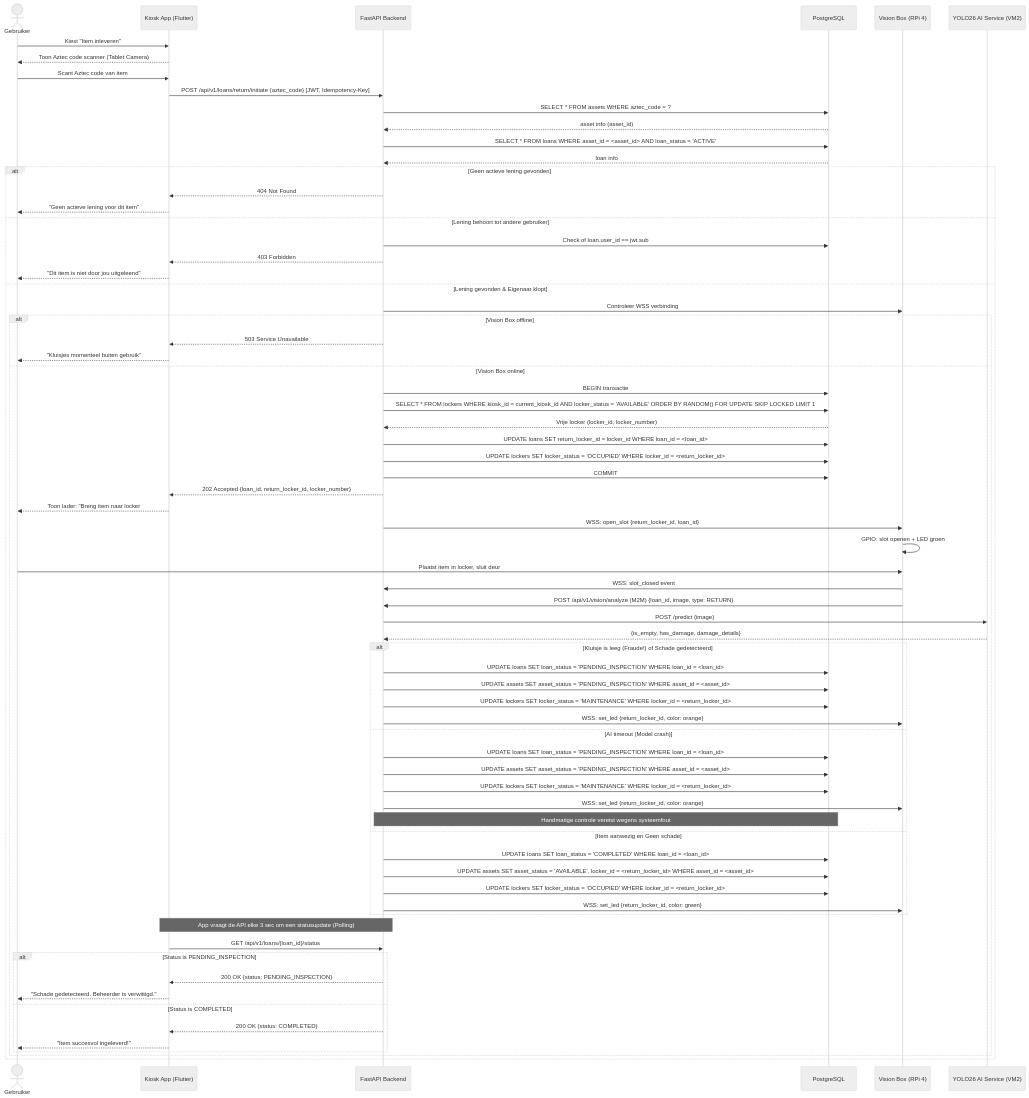
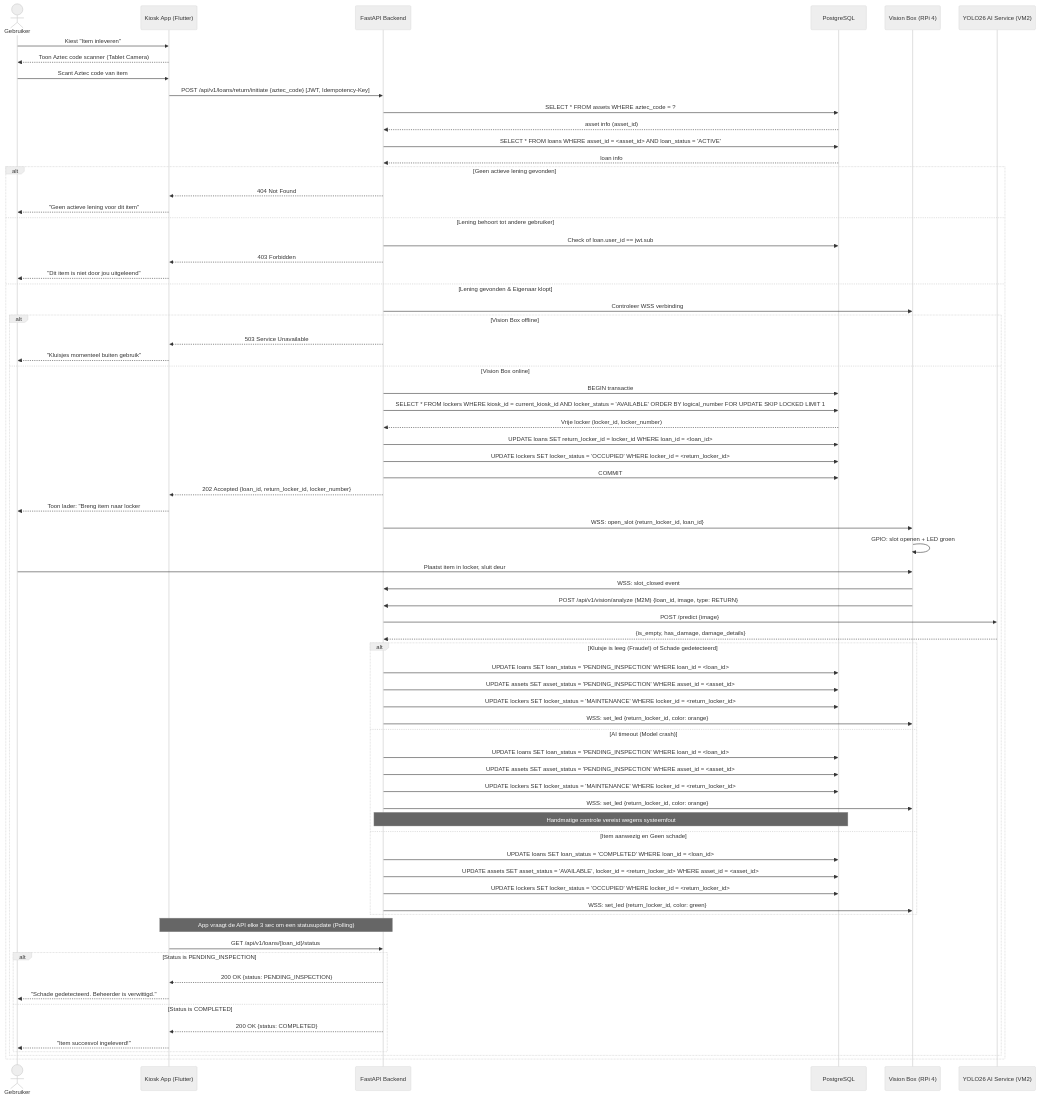
Before and after one commit to easylend-practice-enterprise/easylend: the diagram in docs/diagrams/sequence_return.mmd, drawn with Mermaid (neutral theme).

Commit message:
Potential fix for pull request finding

```diff
--- a/docs/diagrams/sequence_return.mmd
+++ b/docs/diagrams/sequence_return.mmd
@@ -1,78 +1,78 @@
 sequenceDiagram
     actor User as Gebruiker
     participant App as Kiosk App (Flutter)
     participant API as FastAPI Backend
     participant DB as PostgreSQL
     participant VB as Vision Box (RPi 4)
     participant AI as YOLO26 AI Service (VM2)
 
     User->>App: Kiest "Item inleveren"
     App-->>User: Toon Aztec code scanner (Tablet Camera)
     User->>App: Scant Aztec code van item
     App->>API: POST /api/v1/loans/return/initiate {aztec_code} [JWT, Idempotency-Key]
     API->>DB: SELECT * FROM assets WHERE aztec_code = ?
     DB-->>API: asset info (asset_id)
     API->>DB: SELECT * FROM loans WHERE asset_id = <asset_id> AND loan_status = 'ACTIVE'
     DB-->>API: loan info
 
     alt Geen actieve lening gevonden
         API-->>App: 404 Not Found
         App-->>User: "Geen actieve lening voor dit item"
     else Lening behoort tot andere gebruiker
         API->>DB: Check of loan.user_id == jwt.sub
         API-->>App: 403 Forbidden
         App-->>User: "Dit item is niet door jou uitgeleend"
     else Lening gevonden & Eigenaar klopt
         API->>VB: Controleer WSS verbinding
         alt Vision Box offline
             API-->>App: 503 Service Unavailable
             App-->>User: "Kluisjes momenteel buiten gebruik"
         else Vision Box online
             API->>DB: BEGIN transactie
-            API->>DB: SELECT * FROM lockers WHERE kiosk_id = current_kiosk_id AND locker_status = 'AVAILABLE' ORDER BY RANDOM() FOR UPDATE SKIP LOCKED LIMIT 1
+            API->>DB: SELECT * FROM lockers WHERE kiosk_id = current_kiosk_id AND locker_status = 'AVAILABLE' ORDER BY logical_number FOR UPDATE SKIP LOCKED LIMIT 1
             DB-->>API: Vrije locker (locker_id, locker_number)
             API->>DB: UPDATE loans SET return_locker_id = locker_id WHERE loan_id = <loan_id>
             API->>DB: UPDATE lockers SET locker_status = 'OCCUPIED' WHERE locker_id = <return_locker_id>
             API->>DB: COMMIT
             API-->>App: 202 Accepted {loan_id, return_locker_id, locker_number}
             App-->>User: Toon lader: "Breng item naar locker #N"
 
             API->>VB: WSS: open_slot {return_locker_id, loan_id}
             VB->>VB: GPIO: slot openen + LED groen
             User->>VB: Plaatst item in locker, sluit deur
             VB->>API: WSS: slot_closed event
 
             VB->>API: POST /api/v1/vision/analyze (M2M) {loan_id, image, type: RETURN}
             API->>AI: POST /predict {image}
             AI-->>API: {is_empty, has_damage, damage_details}
 
             alt Kluisje is leeg (Fraude!) of Schade gedetecteerd
                 API->>DB: UPDATE loans SET loan_status = 'PENDING_INSPECTION' WHERE loan_id = <loan_id>
                 API->>DB: UPDATE assets SET asset_status = 'PENDING_INSPECTION' WHERE asset_id = <asset_id>
                 API->>DB: UPDATE lockers SET locker_status = 'MAINTENANCE' WHERE locker_id = <return_locker_id>
                 API->>VB: WSS: set_led {return_locker_id, color: orange}
             else AI timeout (Model crash)
                 API->>DB: UPDATE loans SET loan_status = 'PENDING_INSPECTION' WHERE loan_id = <loan_id>
                 API->>DB: UPDATE assets SET asset_status = 'PENDING_INSPECTION' WHERE asset_id = <asset_id>
                 API->>DB: UPDATE lockers SET locker_status = 'MAINTENANCE' WHERE locker_id = <return_locker_id>
                 API->>VB: WSS: set_led {return_locker_id, color: orange}
                 Note over API,DB: Handmatige controle vereist wegens systeemfout
             else Item aanwezig en Geen schade
                 API->>DB: UPDATE loans SET loan_status = 'COMPLETED' WHERE loan_id = <loan_id>
                 API->>DB: UPDATE assets SET asset_status = 'AVAILABLE', locker_id = <return_locker_id> WHERE asset_id = <asset_id>
                 API->>DB: UPDATE lockers SET locker_status = 'OCCUPIED' WHERE locker_id = <return_locker_id>
                 API->>VB: WSS: set_led {return_locker_id, color: green}
             end
 
             Note over App,API: App vraagt de API elke 3 sec om een statusupdate (Polling)
             App->>API: GET /api/v1/loans/{loan_id}/status
             
             alt Status is PENDING_INSPECTION
                 API-->>App: 200 OK {status: PENDING_INSPECTION}
                 App-->>User: "Schade gedetecteerd. Beheerder is verwittigd."
             else Status is COMPLETED
                 API-->>App: 200 OK {status: COMPLETED}
                 App-->>User: "Item succesvol ingeleverd!"
             end
         end
     end
```
